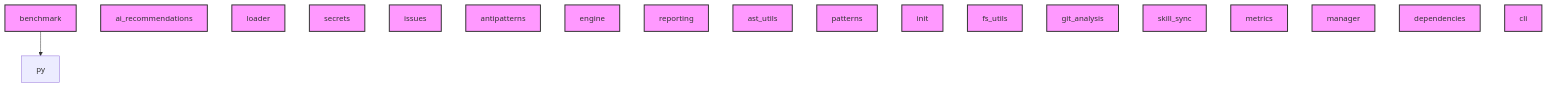
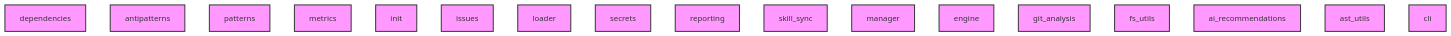
The diagram in AI_CONTEXT.md (geociencio/ai-context-core), drawn with Mermaid before and after one commit. The commit also changed other lines of this file and 17 other files, not shown here.

````diff
--- a/AI_CONTEXT.md
+++ b/AI_CONTEXT.md
@@ -120,41 +120,38 @@
 ```mermaid
 graph TD
-    benchmark --> py
     classDef module fill:#f9f,stroke:#333,stroke-width:2px;
-    ai_recommendations
-    class ai_recommendations module;
+    dependencies
+    class dependencies module;
+    antipatterns
+    class antipatterns module;
+    patterns
+    class patterns module;
+    metrics
+    class metrics module;
+    init
+    class init module;
+    issues
+    class issues module;
     loader
     class loader module;
     secrets
     class secrets module;
-    issues
-    class issues module;
-    antipatterns
-    class antipatterns module;
+    reporting
+    class reporting module;
+    skill_sync
+    class skill_sync module;
+    manager
+    class manager module;
     engine
     class engine module;
-    reporting
-    class reporting module;
-    benchmark
-    class benchmark module;
+    git_analysis
+    class git_analysis module;
+    fs_utils
+    class fs_utils module;
+    ai_recommendations
+    class ai_recommendations module;
     ast_utils
     class ast_utils module;
-    patterns
-    class patterns module;
-    init
-    class init module;
-    fs_utils
-    class fs_utils module;
-    git_analysis
-    class git_analysis module;
-    skill_sync
-    class skill_sync module;
-    metrics
-    class metrics module;
-    manager
-    class manager module;
-    dependencies
-    class dependencies module;
     cli
     class cli module;
 ```
````
